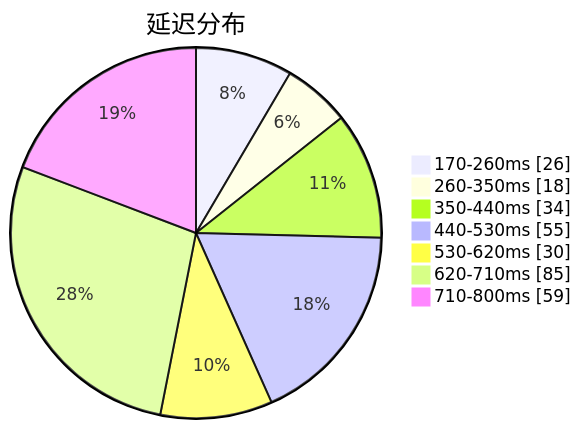
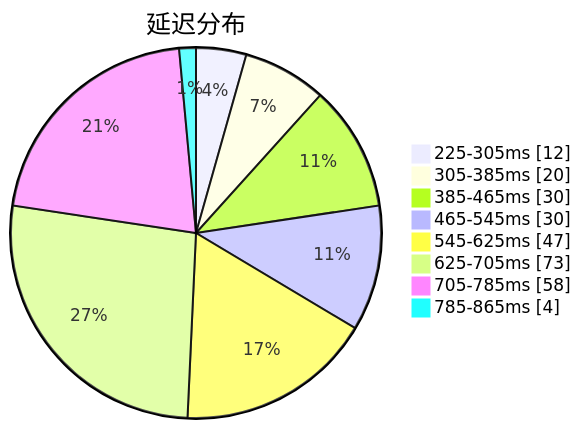
The first of 3 diagrams in subs/statistics/tested_within.md (qjlxg/airport), drawn with Mermaid before and after one commit. The commit also changed other lines of this file and 2 other files, not shown here.

````diff
--- a/subs/statistics/tested_within.md
+++ b/subs/statistics/tested_within.md
@@ -2,11 +2,12 @@
 ```mermaid
 pie showData
 title 延迟分布
-"170-260ms" : 26
-"260-350ms" : 18
-"350-440ms" : 34
-"440-530ms" : 55
-"530-620ms" : 30
-"620-710ms" : 85
-"710-800ms" : 59
+"225-305ms" : 12
+"305-385ms" : 20
+"385-465ms" : 30
+"465-545ms" : 30
+"545-625ms" : 47
+"625-705ms" : 73
+"705-785ms" : 58
+"785-865ms" : 4
 ```
````
